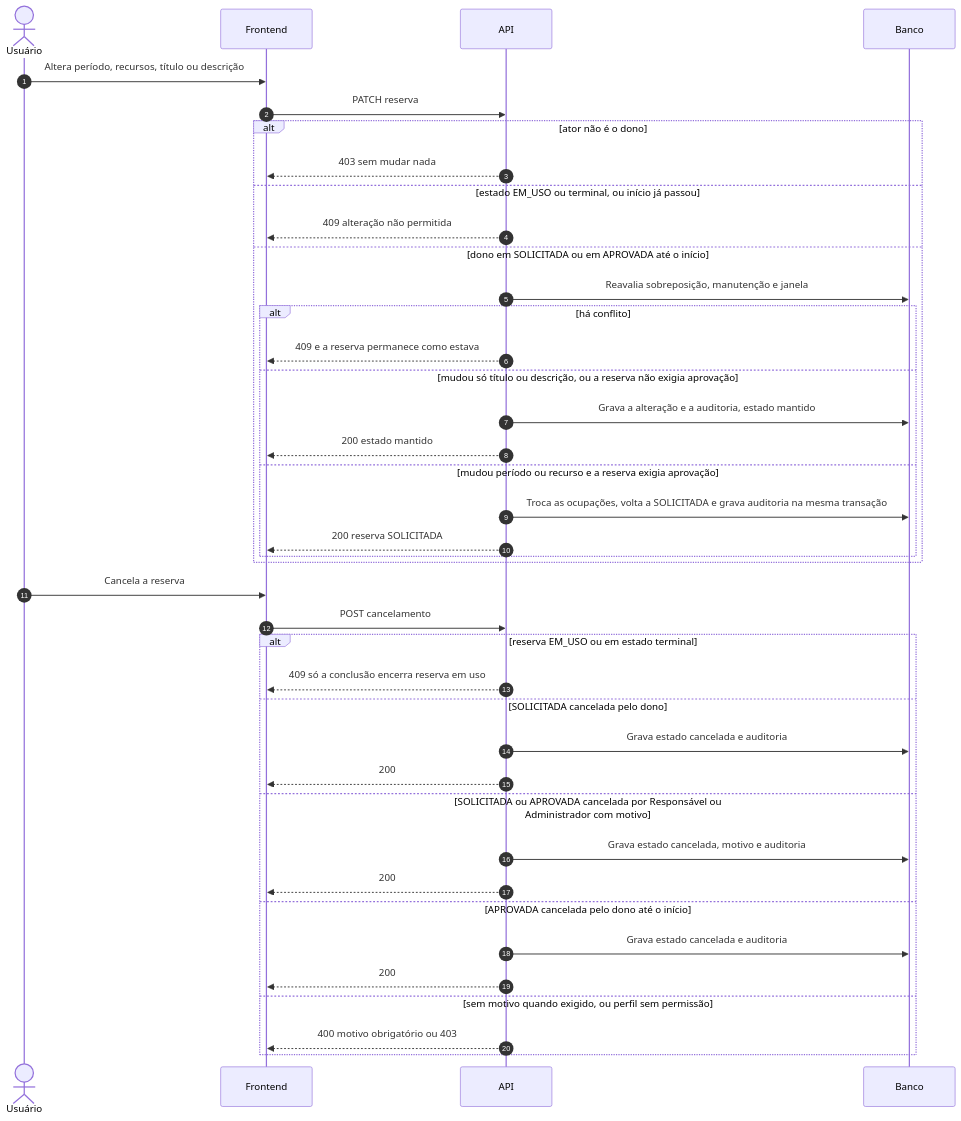
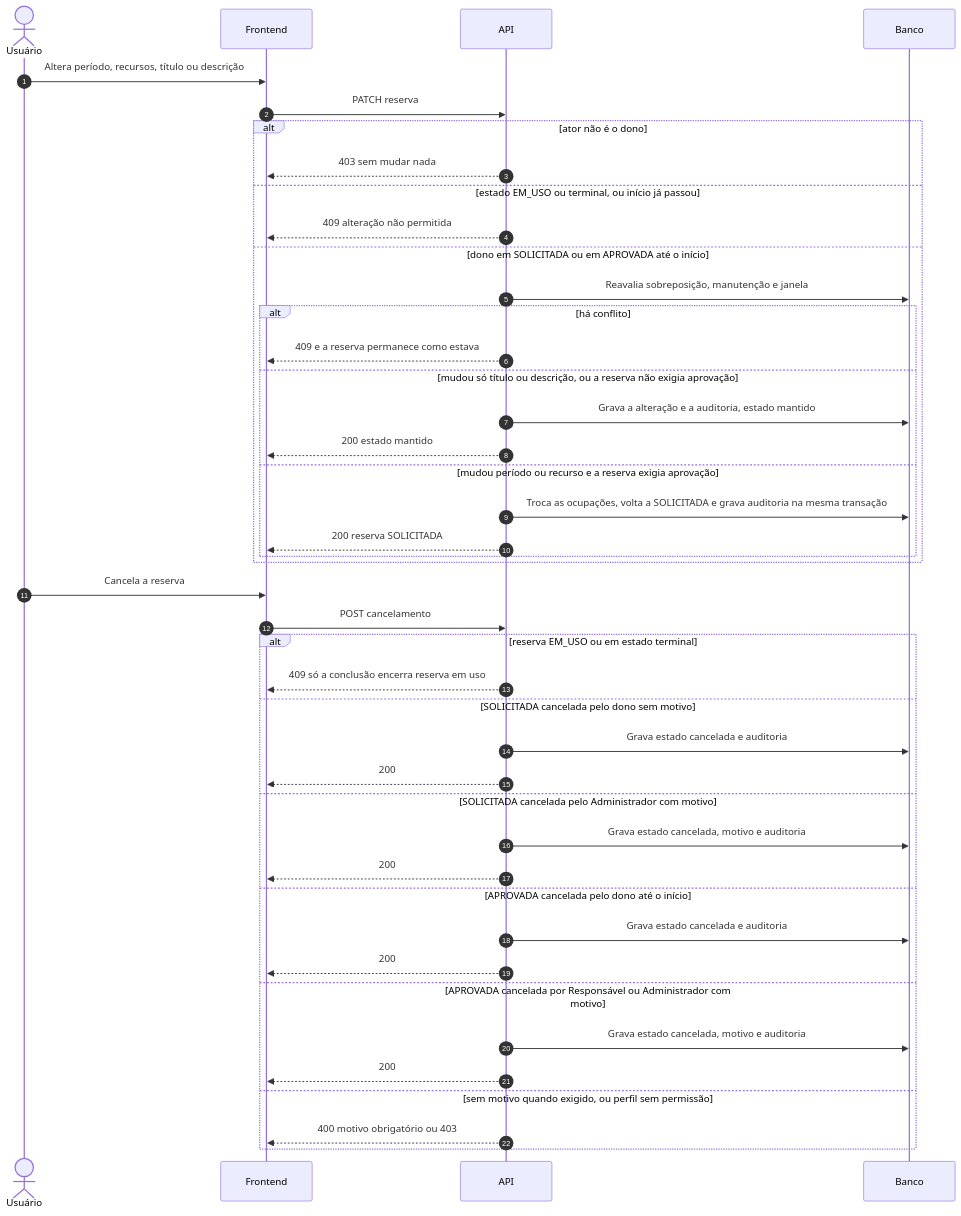
One commit to Jefferson-Silva-Geronimo/Projeto-QA-Organizador-de-Recursos-Jefferson changed the seventh of 14 diagrams in docs/prd/fluxos-sequencia.md. Above: the diagram before and after it, drawn with Mermaid. The commit also changed other lines of this file, not shown here.

First line of the commit message:
docs: revisao fases 0 e 1 - diagramas de sequencia

````diff
--- a/docs/prd/fluxos-sequencia.md
+++ b/docs/prd/fluxos-sequencia.md
@@ -317,42 +320,45 @@
 ```mermaid
 sequenceDiagram
     autonumber
     actor U as Usuário
     participant F as Frontend
     participant A as API
     participant B as Banco
     U->>F: Altera período, recursos, título ou descrição
     F->>A: PATCH reserva
     alt ator não é o dono
         A-->>F: 403 sem mudar nada
     else estado EM_USO ou terminal, ou início já passou
         A-->>F: 409 alteração não permitida
     else dono em SOLICITADA ou em APROVADA até o início
         A->>B: Reavalia sobreposição, manutenção e janela
         alt há conflito
             A-->>F: 409 e a reserva permanece como estava
         else mudou só título ou descrição, ou a reserva não exigia aprovação
             A->>B: Grava a alteração e a auditoria, estado mantido
             A-->>F: 200 estado mantido
         else mudou período ou recurso e a reserva exigia aprovação
             A->>B: Troca as ocupações, volta a SOLICITADA e grava auditoria na mesma transação
             A-->>F: 200 reserva SOLICITADA
         end
     end
     U->>F: Cancela a reserva
     F->>A: POST cancelamento
     alt reserva EM_USO ou em estado terminal
         A-->>F: 409 só a conclusão encerra reserva em uso
-    else SOLICITADA cancelada pelo dono
+    else SOLICITADA cancelada pelo dono sem motivo
         A->>B: Grava estado cancelada e auditoria
         A-->>F: 200
-    else SOLICITADA ou APROVADA cancelada por Responsável ou Administrador com motivo
+    else SOLICITADA cancelada pelo Administrador com motivo
         A->>B: Grava estado cancelada, motivo e auditoria
         A-->>F: 200
     else APROVADA cancelada pelo dono até o início
         A->>B: Grava estado cancelada e auditoria
         A-->>F: 200
+    else APROVADA cancelada por Responsável ou Administrador com motivo
+        A->>B: Grava estado cancelada, motivo e auditoria
+        A-->>F: 200
     else sem motivo quando exigido, ou perfil sem permissão
         A-->>F: 400 motivo obrigatório ou 403
     end
 ```
````
